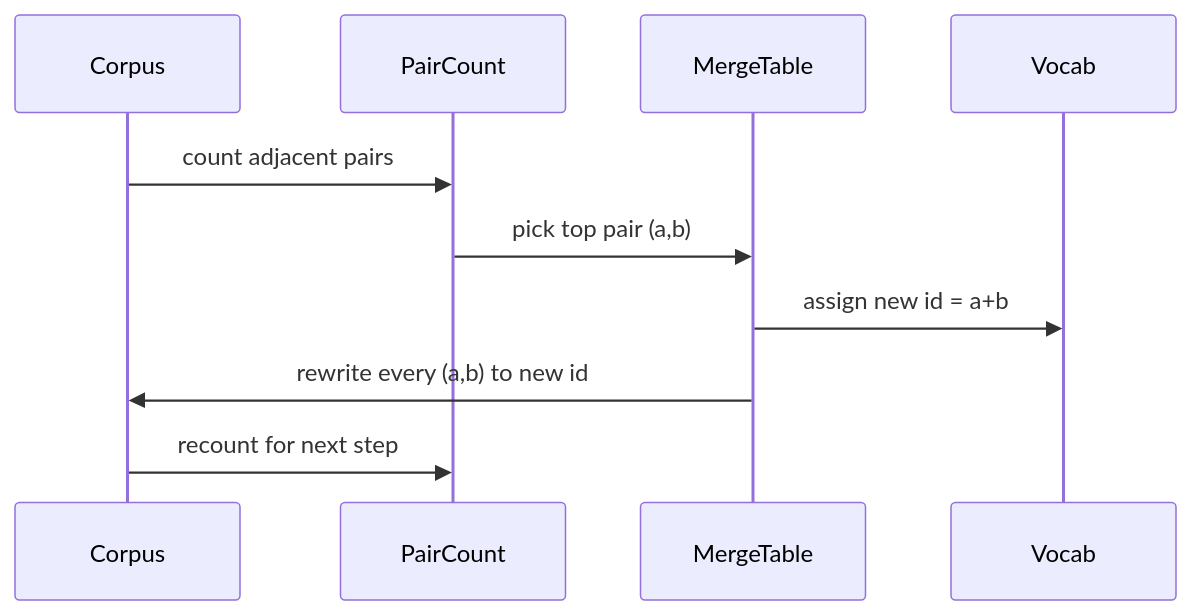
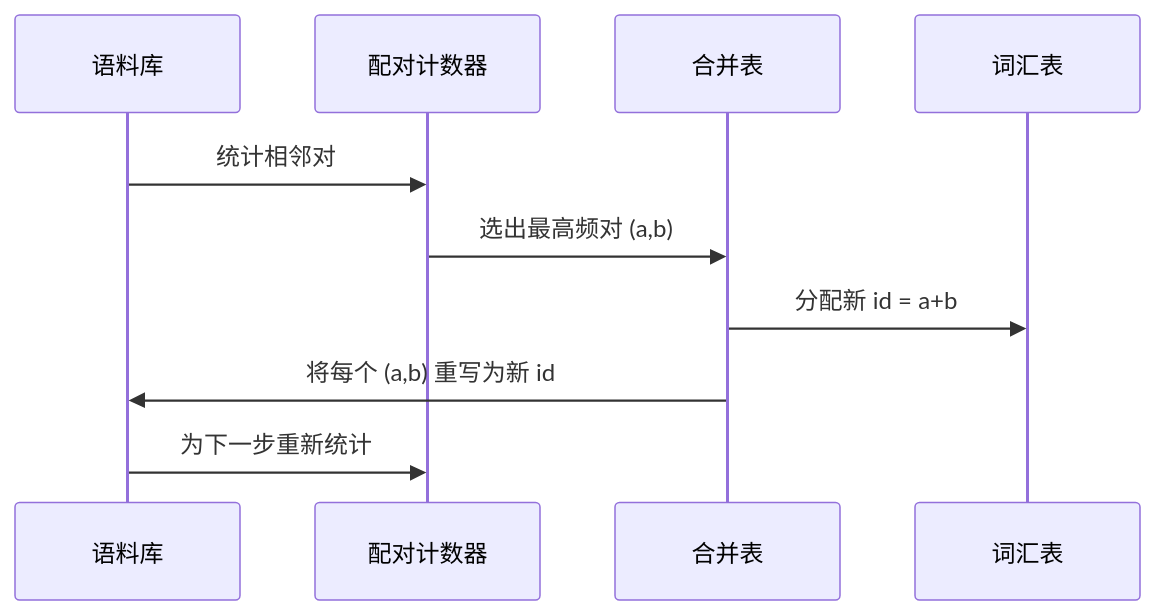
The second of 2 diagrams in lessons/19-capstone-projects/30-bpe-tokenizer-from-scratch/docs/zh.md (guangningsun/ailearning), drawn with Mermaid before and after one commit. The commit also changed other lines of this file and 85 other files, not shown here.

````diff
--- a/lessons/19-capstone-projects/30-bpe-tokenizer-from-scratch/docs/zh.md
+++ b/lessons/19-capstone-projects/30-bpe-tokenizer-from-scratch/docs/zh.md
@@ -53,12 +53,12 @@
 ```mermaid
 sequenceDiagram
-    participant Corpus
-    participant PairCount
-    participant MergeTable
-    participant Vocab
-    Corpus->>PairCount: count adjacent pairs
-    PairCount->>MergeTable: pick top pair (a,b)
-    MergeTable->>Vocab: assign new id = a+b
-    MergeTable->>Corpus: rewrite every (a,b) to new id
-    Corpus->>PairCount: recount for next step
+    participant 语料库
+    participant 配对计数器
+    participant 合并表
+    participant 词汇表
+    语料库->>配对计数器: 统计相邻对
+    配对计数器->>合并表: 选出最高频对 (a,b)
+    合并表->>词汇表: 分配新 id = a+b
+    合并表->>语料库: 将每个 (a,b) 重写为新 id
+    语料库->>配对计数器: 为下一步重新统计
 ```
````
